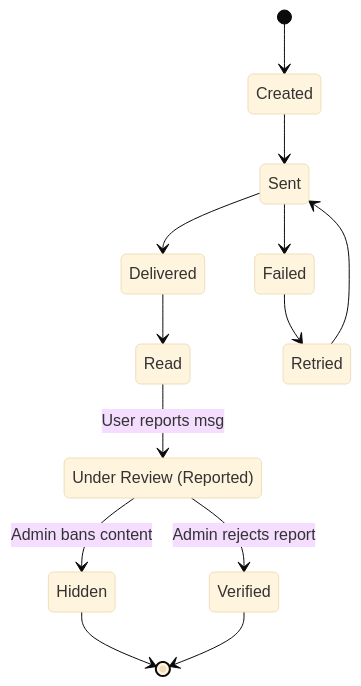
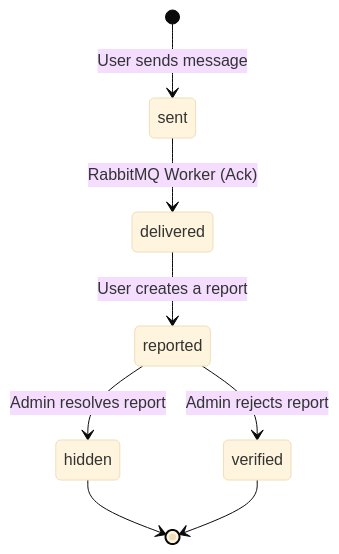
Before and after one commit to Am0rr/Messenger-api-prototype: the third of 3 diagrams in README.md, drawn with Mermaid (base theme). The commit also changed other lines of this file and 1 other file, not shown here.

````diff
--- a/README.md
+++ b/README.md
@@ -134,20 +197,14 @@
 ```mermaid
 stateDiagram-v2
-    [*] --> Created
-    Created --> Sent
-    Sent --> Delivered
-    Delivered --> Read
-
-    state "Under Review (Reported)" as Reported
-
-    Read --> Reported : User reports msg
-    Sent --> Failed
-    Failed --> Retried
-    Retried --> Sent
-
-    Reported --> Hidden : Admin bans content
-    Reported --> Verified : Admin rejects report
-
-    Hidden --> [*]
-    Verified --> [*]
+    [*] --> sent : User sends message
+    
+    sent --> delivered : RabbitMQ Worker (Ack)
+    
+    delivered --> reported : User creates a report
+    
+    reported --> hidden : Admin resolves report
+    reported --> verified : Admin rejects report
+    
+    hidden --> [*]
+    verified --> [*]
 ```
````
